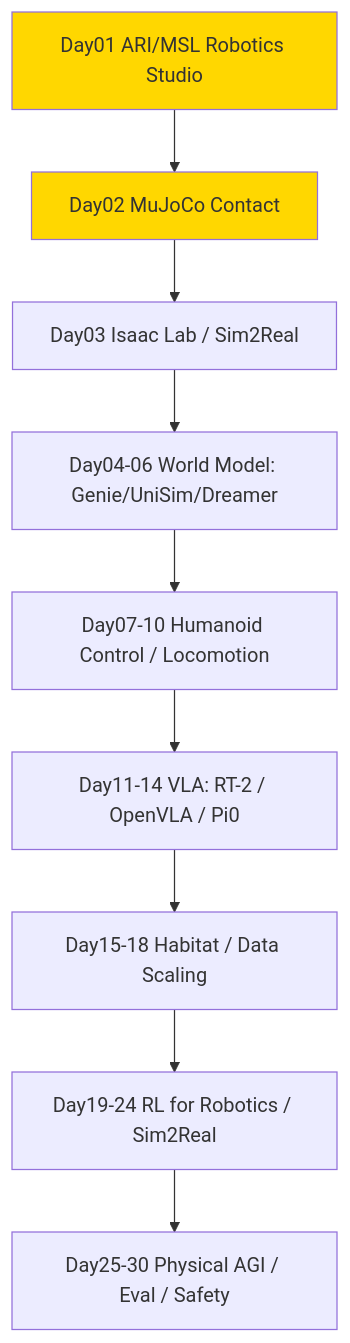
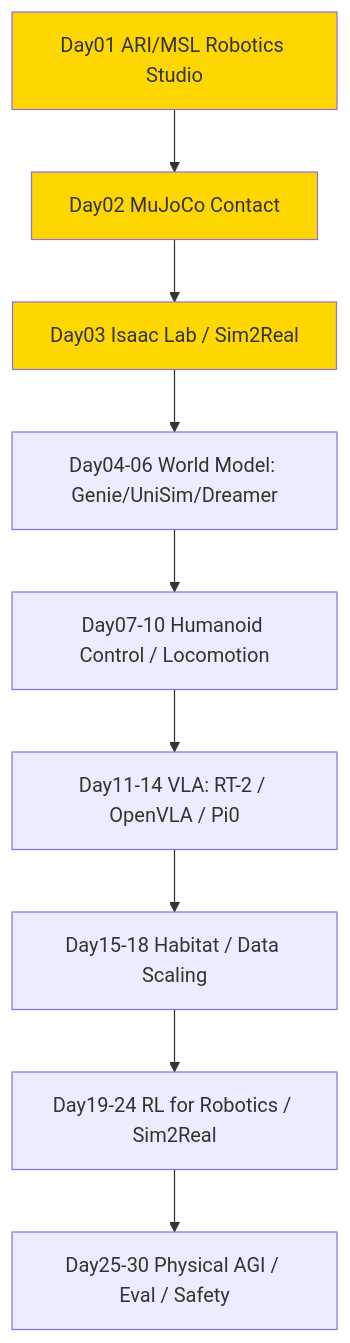
Before and after one commit to Papa-Panda/post-training: the diagram in physical-ai/README.md, drawn with Mermaid. The commit also changed other lines of this file and 2 other files, not shown here.

````diff
--- a/physical-ai/README.md
+++ b/physical-ai/README.md
@@ -25,13 +25,14 @@
 ```mermaid
 graph TD
   A[Day01 ARI/MSL Robotics Studio] --> B[Day02 MuJoCo Contact]
   B --> C[Day03 Isaac Lab / Sim2Real]
   C --> D[Day04-06 World Model: Genie/UniSim/Dreamer]
   D --> E[Day07-10 Humanoid Control / Locomotion]
   E --> F[Day11-14 VLA: RT-2 / OpenVLA / Pi0]
   F --> G[Day15-18 Habitat / Data Scaling]
   G --> H[Day19-24 RL for Robotics / Sim2Real]
   H --> I[Day25-30 Physical AGI / Eval / Safety]
   style A fill:#ffd700
   style B fill:#ffd700
+  style C fill:#ffd700
 ```
````
